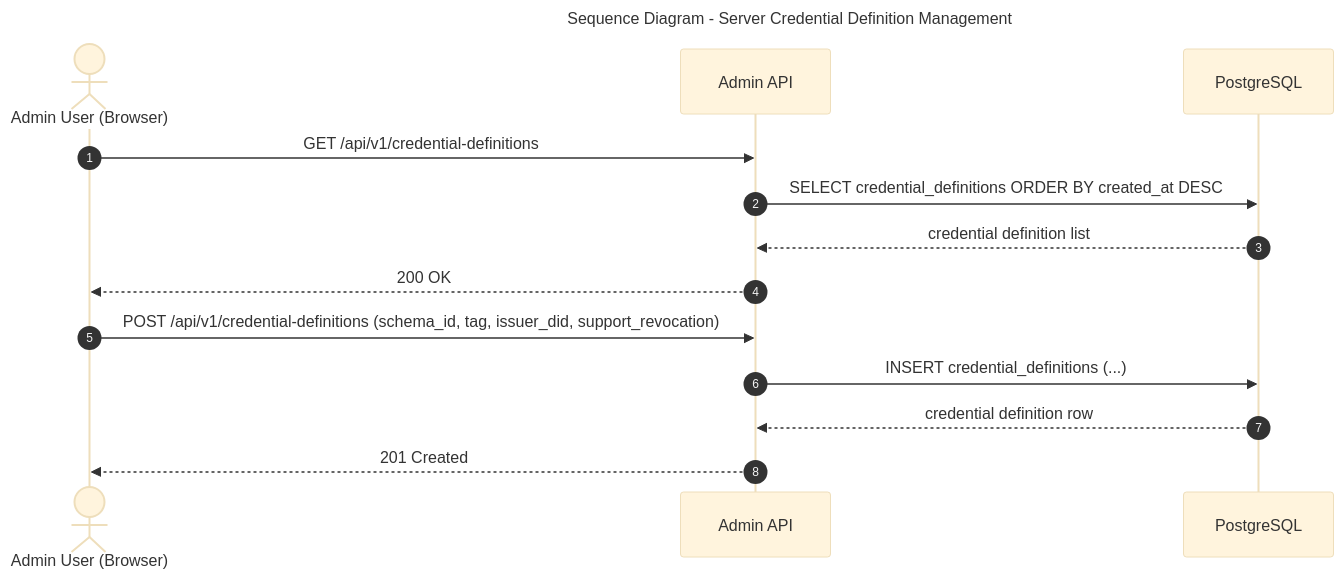
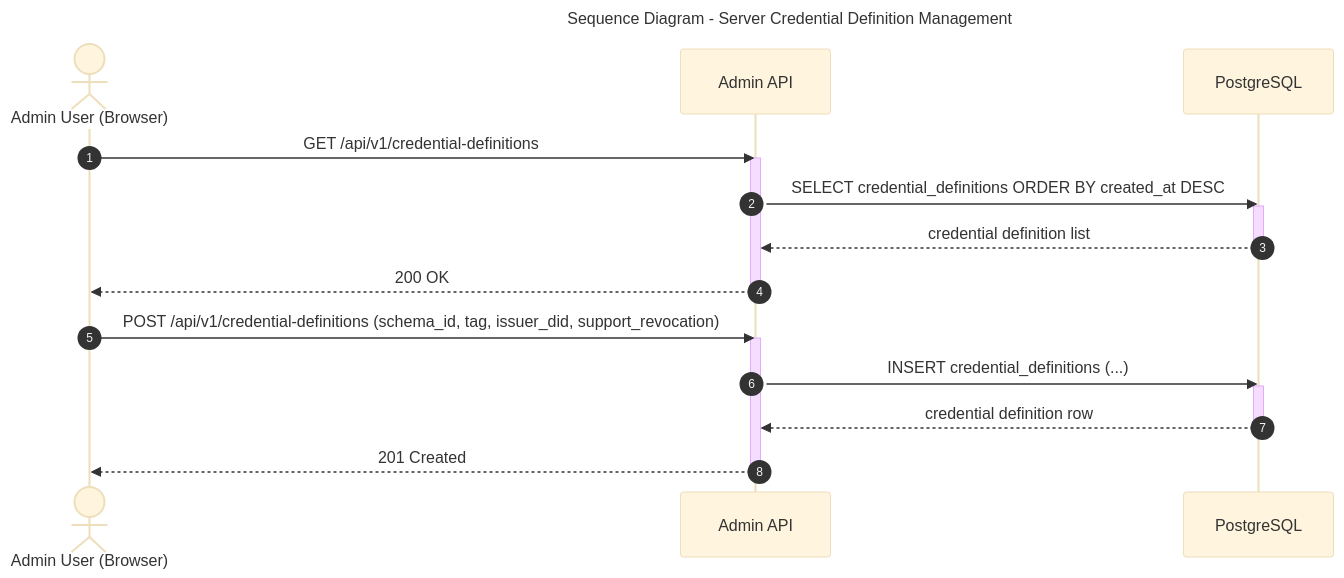
One commit to CHATEAUFORGE-LLC/QuantumZero changed the diagram in diagrams/sequence-server-cred-def-management.mmd. Above: the diagram before and after it, drawn with Mermaid. The commit also changed 41 other files, not shown here.

Commit message:
Standardized all sequence diagrams, and refactored everything to ensure UML compliance, unification of content and design of key diagrams

```diff
--- a/diagrams/sequence-server-cred-def-management.mmd
+++ b/diagrams/sequence-server-cred-def-management.mmd
@@ -1,20 +1,30 @@
 ---
 title: Sequence Diagram - Server Credential Definition Management
 config:
   theme: base
 ---
 %% QuantumZero UML palette note: actors/external=#fff7e6/#b45309, system/component=#e0f2fe/#075985, datastore=#ecfccb/#4d7c0f, notes=#fff9c4/#d97706. Aligns diagrams to Deliverable 1 UML/DFD theme.
 %% Implements: QuantumZero-server/services/admin-api/src/handlers.rs (credential-definitions endpoints)
 sequenceDiagram
- autonumber
- actor Admin as Admin User (Browser)
- participant API as Admin API
- participant DB as PostgreSQL
- Admin->>API: GET /api/v1/credential-definitions
- API->>DB: SELECT credential_definitions ORDER BY created_at DESC
- DB-->>API: credential definition list
- API-->>Admin: 200 OK
- Admin->>API: POST /api/v1/credential-definitions (schema_id, tag, issuer_did, support_revocation)
- API->>DB: INSERT credential_definitions (...)
- DB-->>API: credential definition row
- API-->>Admin: 201 Created
+  autonumber
+  actor Admin as Admin User (Browser)
+  participant API as Admin API
+  participant DB as PostgreSQL
+
+  Admin->>API: GET /api/v1/credential-definitions
+  activate API
+  API->>DB: SELECT credential_definitions ORDER BY created_at DESC
+  activate DB
+  DB-->>API: credential definition list
+  deactivate DB
+  API-->>Admin: 200 OK
+  deactivate API
+
+  Admin->>API: POST /api/v1/credential-definitions (schema_id, tag, issuer_did, support_revocation)
+  activate API
+  API->>DB: INSERT credential_definitions (...)
+  activate DB
+  DB-->>API: credential definition row
+  deactivate DB
+  API-->>Admin: 201 Created
+  deactivate API
```
